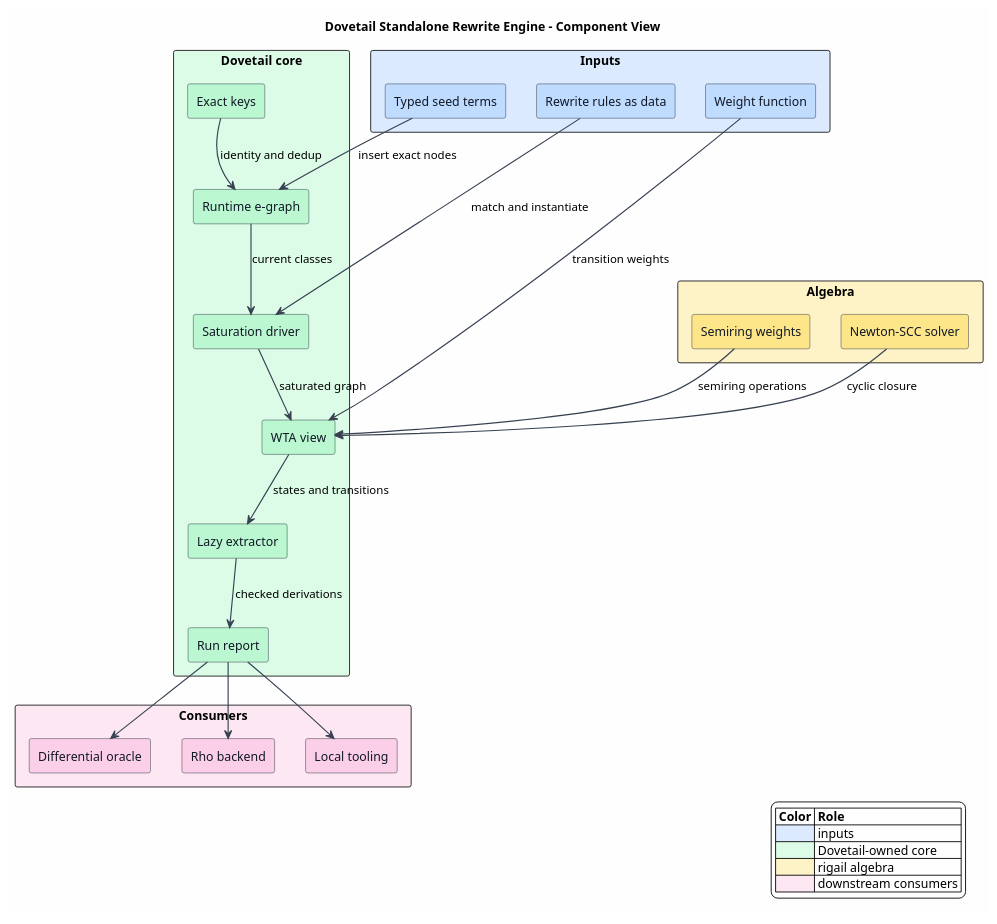
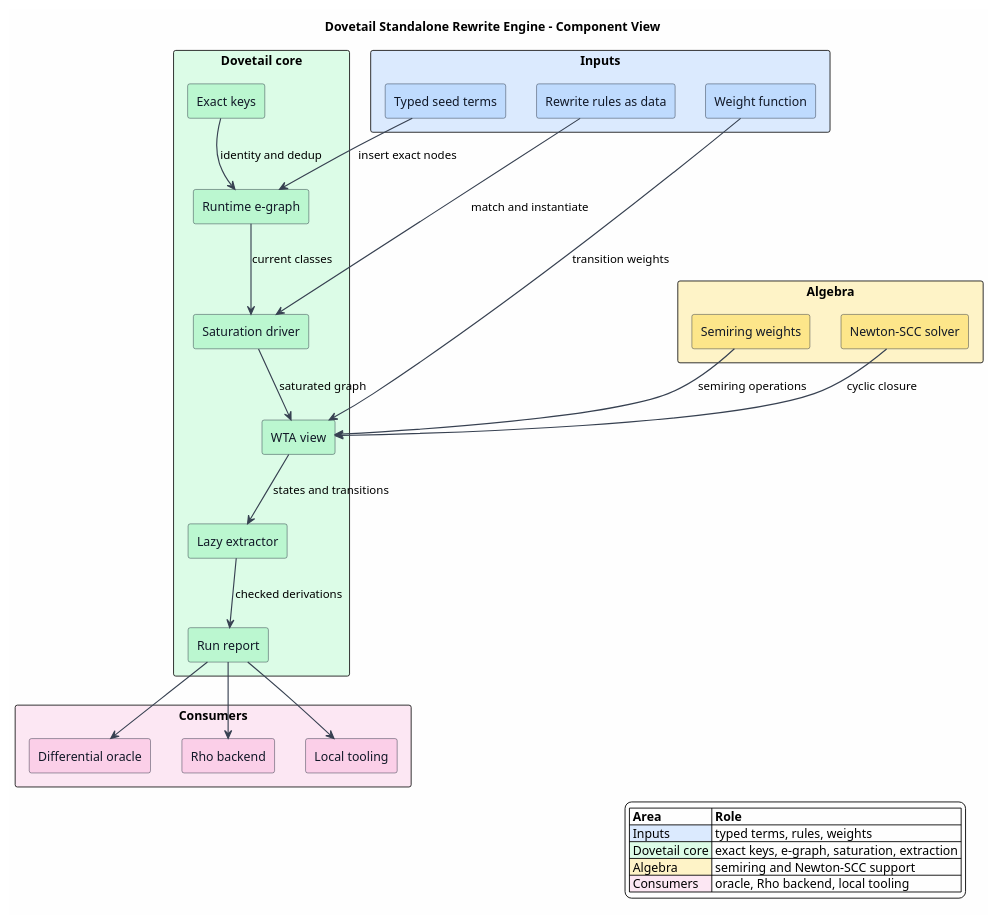
Before and after one commit to F1R3FLY-io/mettail-rust: the diagram in docs/architecture/dovetail/figures/README.puml, drawn with PlantUML. The commit also changed 32 other files, not shown here.

```diff
--- a/docs/architecture/dovetail/figures/README.puml
+++ b/docs/architecture/dovetail/figures/README.puml
@@ -1,61 +1,61 @@
 @startuml
 title Dovetail Standalone Rewrite Engine - Component View
 
 skinparam backgroundColor #FEFEFE
 skinparam componentStyle rectangle
 skinparam shadowing false
 skinparam ArrowColor #374151
 skinparam ArrowThickness 1.3
 skinparam component {
   BorderColor #1F2937
   FontColor #111827
 }
 
 rectangle "Inputs" as Inputs #DBEAFE {
   component "Typed seed terms" as Seeds #BFDBFE
   component "Rewrite rules as data" as RuleData #BFDBFE
   component "Weight function" as Weigh #BFDBFE
 }
 
 rectangle "Dovetail core" as Core #DCFCE7 {
   component "Exact keys" as Keys #BBF7D0
   component "Runtime e-graph" as EGraph #BBF7D0
   component "Saturation driver" as Saturation #BBF7D0
   component "WTA view" as Wta #BBF7D0
   component "Lazy extractor" as Extractor #BBF7D0
   component "Run report" as Report #BBF7D0
 }
 
 rectangle "Algebra" as Algebra #FEF3C7 {
   component "Semiring weights" as Weights #FDE68A
   component "Newton-SCC solver" as Newton #FDE68A
 }
 
 rectangle "Consumers" as Consumers #FCE7F3 {
   component "Differential oracle" as Oracle #FBCFE8
   component "Rho backend" as Rho #FBCFE8
   component "Local tooling" as Tooling #FBCFE8
 }
 
 Seeds --> EGraph : insert exact nodes
 RuleData --> Saturation : match and instantiate
 Keys --> EGraph : identity and dedup
 EGraph --> Saturation : current classes
 Saturation --> Wta : saturated graph
 Weigh --> Wta : transition weights
 Weights --> Wta : semiring operations
 Newton --> Wta : cyclic closure
 Wta --> Extractor : states and transitions
 Extractor --> Report : checked derivations
 Report --> Oracle
 Report --> Rho
 Report --> Tooling
 
 legend right
-|= Color |= Role |
-|<#DBEAFE> | inputs |
-|<#DCFCE7> | Dovetail-owned core |
-|<#FEF3C7> | rigail algebra |
-|<#FCE7F3> | downstream consumers |
+|= Area |= Role |
+|<#DBEAFE> Inputs | typed terms, rules, weights |
+|<#DCFCE7> Dovetail core | exact keys, e-graph, saturation, extraction |
+|<#FEF3C7> Algebra | semiring and Newton-SCC support |
+|<#FCE7F3> Consumers | oracle, Rho backend, local tooling |
 endlegend
 @enduml
```
